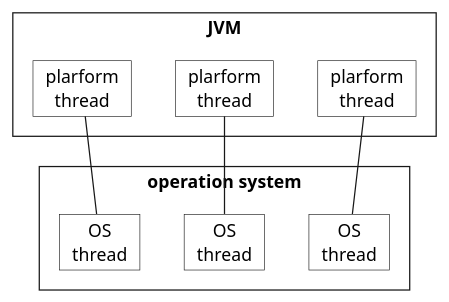
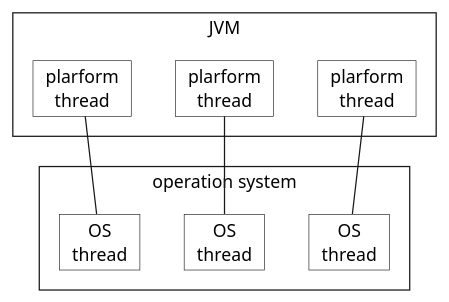
One commit to ti-cortex-m4/demo-java-virtual-threads2 changed the diagram in images/platform_threads.puml. Above: the diagram before and after it, drawn with PlantUML. The commit also changed 2 other files, not shown here.

```diff
--- a/images/platform_threads.puml
+++ b/images/platform_threads.puml
@@ -1,27 +1,28 @@
 @startuml
 
 skinparam {
     defaultTextAlignment center
     roundCorner 0
     CardBackgroundColor transparent
     RectangleBackgroundColor transparent
     RectangleFontName Source Sans Pro
+    RectangleFontStyle normal
 }
 
 rectangle JVM {
   card "plarform\nthread" as PlatformThread1
   card "plarform\nthread" as PlatformThread2
   card "plarform\nthread" as PlatformThread3
 }
 
 rectangle "operation system" {
   card "OS\nthread" as OsThread1
   card "OS\nthread" as OsThread2
   card "OS\nthread" as OsThread3
 }
 
 OsThread1 -up- PlatformThread1
 OsThread2 -up- PlatformThread2
 OsThread3 -up- PlatformThread3
 
 @enduml
```
